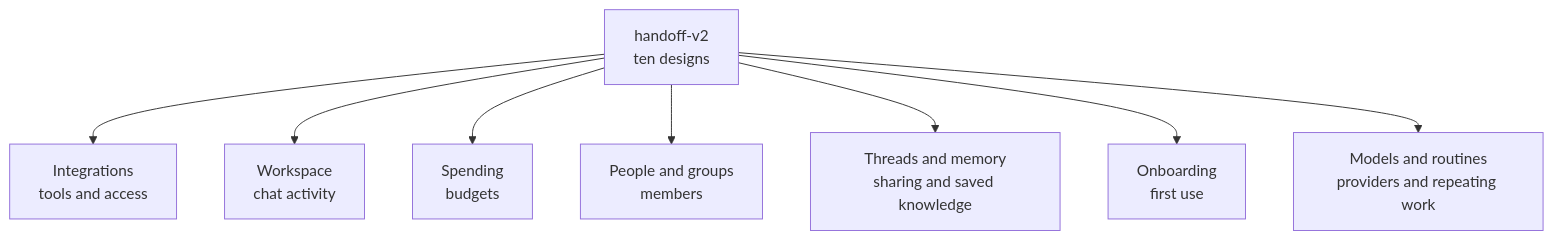
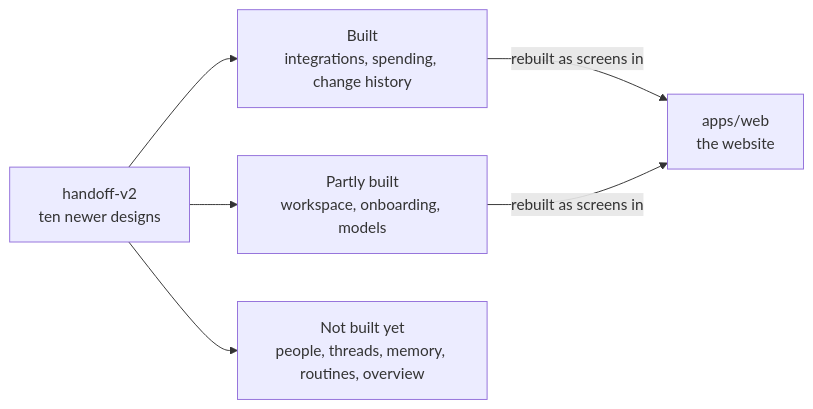
Before and after one commit to elewa-git/opencrane-new: the diagram in docs/design/handoff-v2/README.md, drawn with Mermaid. The commit also changed other lines of this file and 30 other files, not shown here.

````diff
--- a/docs/design/handoff-v2/README.md
+++ b/docs/design/handoff-v2/README.md
@@ -15,10 +15,8 @@
 ```mermaid
-flowchart TD
-  handoff["handoff-v2<br/>ten designs"] --> integrations["Integrations<br/>tools and access"]
-  handoff --> workspace["Workspace<br/>chat activity"]
-  handoff --> spending["Spending<br/>budgets"]
-  handoff --> people["People and groups<br/>members"]
-  handoff --> threads["Threads and memory<br/>sharing and saved knowledge"]
-  handoff --> onboarding["Onboarding<br/>first use"]
-  handoff --> models["Models and routines<br/>providers and repeating work"]
+flowchart LR
+  handoff["handoff-v2<br/>ten newer designs"] --> built["Built<br/>integrations, spending, change history"]
+  handoff --> partial["Partly built<br/>workspace, onboarding, models"]
+  handoff --> planned["Not built yet<br/>people, threads, memory, routines, overview"]
+  built -->|rebuilt as screens in| web["apps/web<br/>the website"]
+  partial -->|rebuilt as screens in| web
 ```
````
